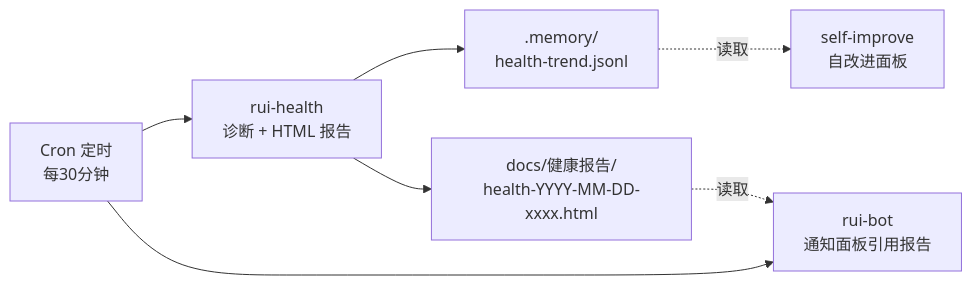
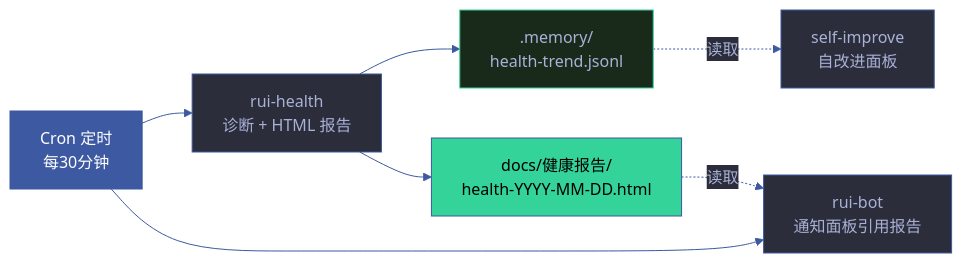
One commit to effiy/YrY changed the first of 3 diagrams in skills/rui-health/SKILL.md. Above: the diagram before and after it, drawn with Mermaid. The commit also changed other lines of this file and 1028 other files, not shown here.

````diff
--- a/skills/rui-health/SKILL.md
+++ b/skills/rui-health/SKILL.md
@@ -16,9 +18,22 @@
 ```mermaid
+%%{init: {'theme': 'base', 'themeVariables': {
+  'primaryColor': '#1e1f2b',
+  'primaryTextColor': '#a9b1d6',
+  'primaryBorderColor': '#3d59a1',
+  'lineColor': '#3d59a1',
+  'secondaryColor': '#2b2d3b',
+  'tertiaryColor': '#21232f'
+}}}%%
 flowchart LR
     CRON["Cron 定时<br/>每30分钟"]:::src --> HEALTH["rui-health<br/>诊断 + HTML 报告"]:::op
     HEALTH --> PERSIST[".memory/<br/>health-trend.jsonl"]:::store
-    HEALTH --> HTML["docs/健康报告/<br/>health-YYYY-MM-DD-xxxx.html"]:::out
+    HEALTH --> HTML["docs/健康报告/<br/>health-YYYY-MM-DD.html"]:::out
     CRON --> BOT["rui-bot<br/>通知面板引用报告"]:::op
     HTML -.读取.-> BOT
     PERSIST -.读取.-> SI["self-improve<br/>自改进面板"]:::op
+
+    classDef src fill:#3d59a1,color:#fff
+    classDef op fill:#2b2d3b,stroke:#3d59a1,color:#a9b1d6
+    classDef store fill:#1a2a1a,stroke:#34d399,color:#a9b1d6
+    classDef out fill:#34d399,color:#000
 ```
````
